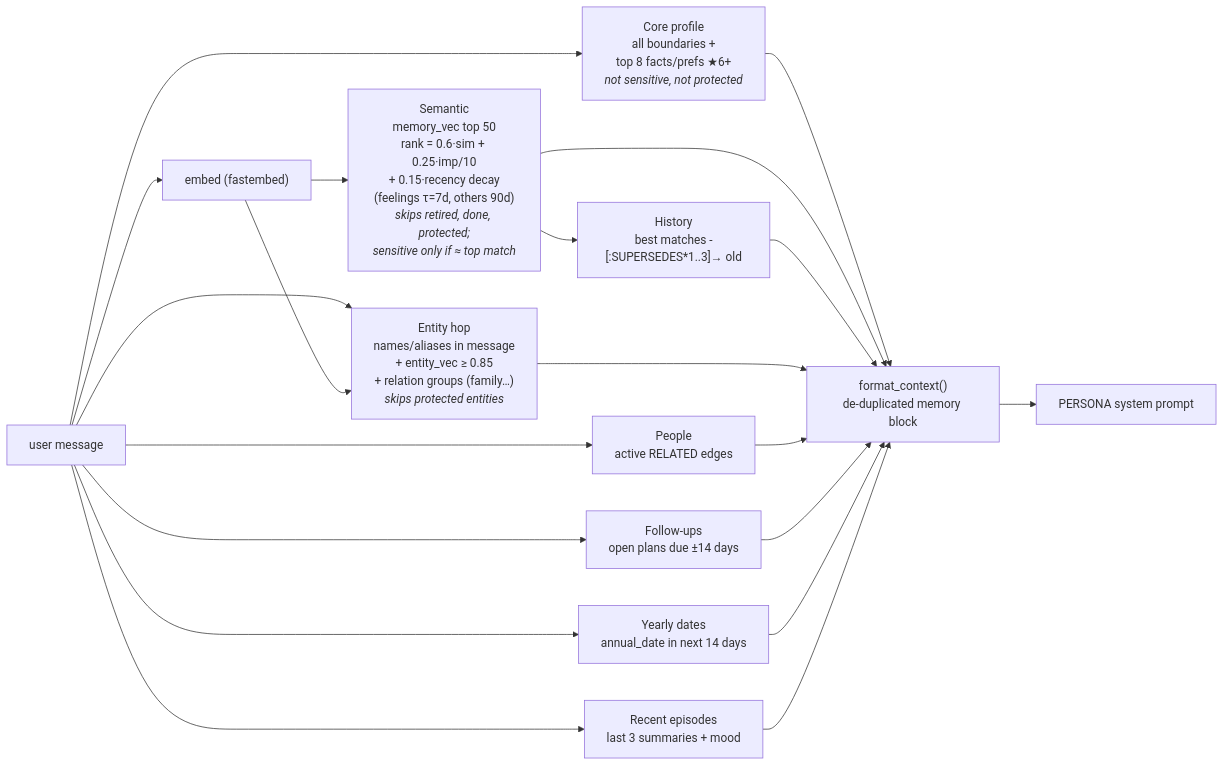
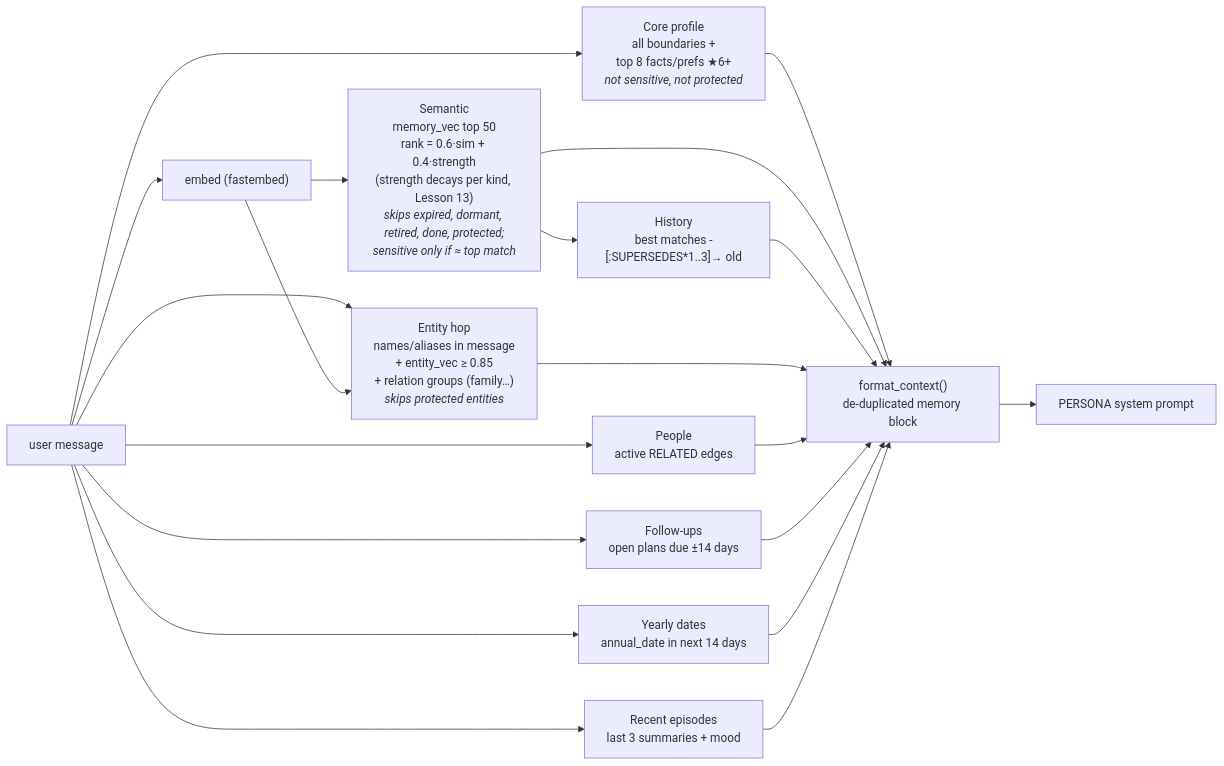
Before and after one commit to theRealMarkCastillo/neo4j-graph-tutorial: the ninth of 18 diagrams in docs/architecture.md, drawn with Mermaid. The commit also changed other lines of this file and 53 other files, not shown here.

````diff
--- a/docs/architecture.md
+++ b/docs/architecture.md
@@ -310,18 +316,18 @@
 ```mermaid
 flowchart LR
     Q["user message"] --> EMB["embed (fastembed)"]
 
-    EMB --> SEM["Semantic<br/>memory_vec top 50<br/>rank = 0.6·sim + 0.25·imp/10<br/>+ 0.15·recency decay<br/>(feelings τ=7d, others 90d)<br/><i>skips retired, done, protected;<br/>sensitive only if ≈ top match</i>"]
+    EMB --> SEM["Semantic<br/>memory_vec top 50<br/>rank = 0.6·sim + 0.4·strength<br/>(strength decays per kind, Lesson 13)<br/><i>skips expired, dormant, retired, done, protected;<br/>sensitive only if ≈ top match</i>"]
     Q --> CORE["Core profile<br/>all boundaries +<br/>top 8 facts/prefs ★6+<br/><i>not sensitive, not protected</i>"]
     Q --> HOP["Entity hop<br/>names/aliases in message<br/>+ entity_vec ≥ 0.85<br/>+ relation groups (family…)<br/><i>skips protected entities</i>"]
     EMB --> HOP
     Q --> PEOPLE["People<br/>active RELATED edges"]
     Q --> FU["Follow-ups<br/>open plans due ±14 days"]
     Q --> YR["Yearly dates<br/>annual_date in next 14 days"]
     Q --> EP["Recent episodes<br/>last 3 summaries + mood"]
 
     SEM --> HIST["History<br/>best matches -[:SUPERSEDES*1..3]→ old"]
 
     CORE & SEM & HIST & HOP & PEOPLE & FU & YR & EP --> FMT["format_context()<br/>de-duplicated memory block"]
     FMT --> PROMPT["PERSONA system prompt"]
 ```
````
